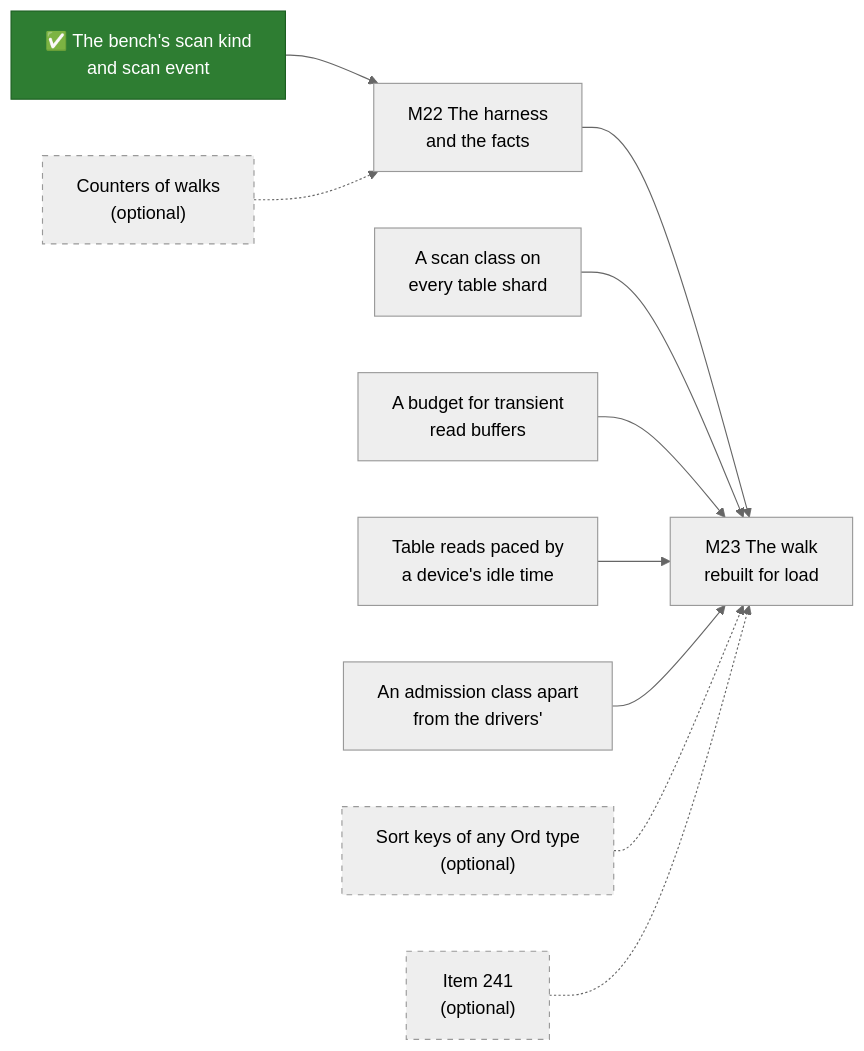
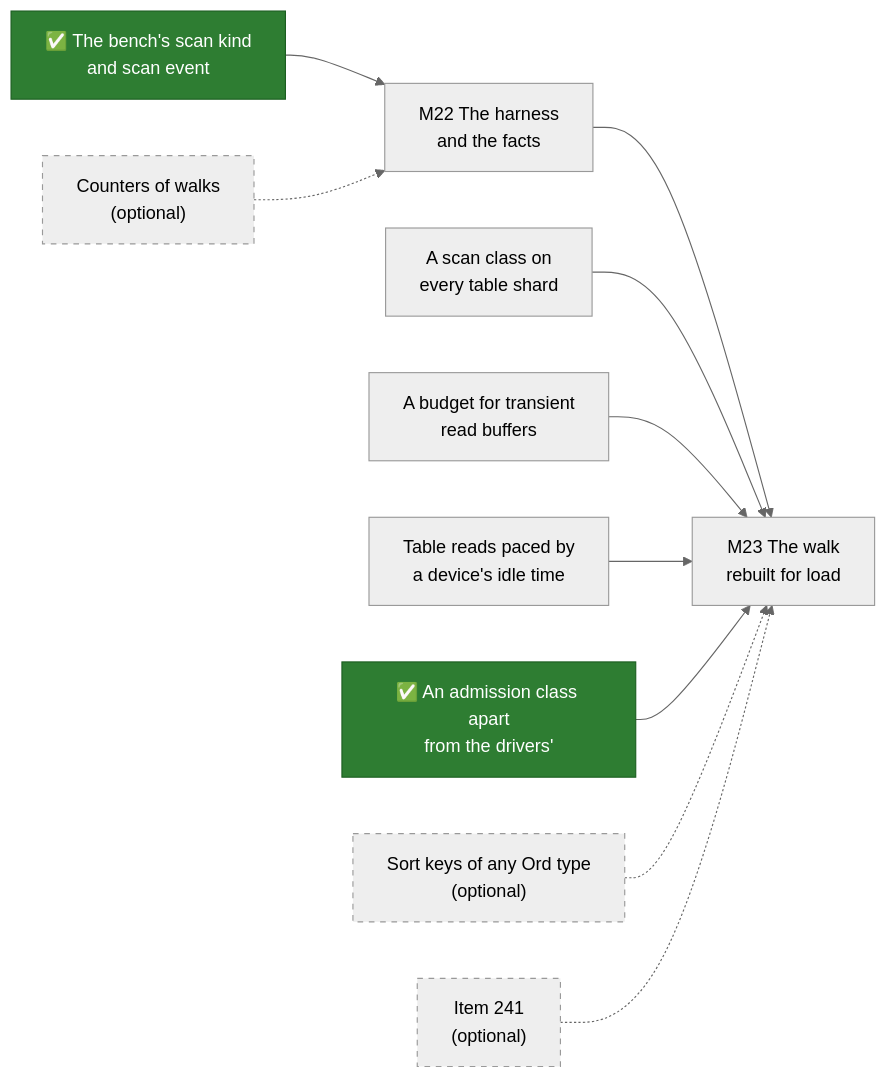
Before and after one commit to mjcarson/shoal: the diagram in docs/src/future-work/scans/prerequisites.md, drawn with Mermaid (neutral theme). The commit also changed other lines of this file and 23 other files, not shown here.

First line of the commit message:
feat(walk): an admission class apart from the drivers' (F116)

````diff
--- a/docs/src/future-work/scans/prerequisites.md
+++ b/docs/src/future-work/scans/prerequisites.md
@@ -195,24 +198,24 @@
 ```mermaid
 flowchart LR
     classDef done fill:#2e7d32,stroke:#1b5e20,color:#ffffff
     classDef optional stroke-dasharray: 5 5
     Bench["✅ The bench's scan kind<br>and scan event"]:::done
     Class["A scan class on<br>every table shard"]
     Budget["A budget for transient<br>read buffers"]
     Pace["Table reads paced by<br>a device's idle time"]
-    Admit["An admission class apart<br>from the drivers'"]
+    Admit["✅ An admission class apart<br>from the drivers'"]:::done
     Counters["Counters of walks<br>(optional)"]:::optional
     SortKeys["Sort keys of any Ord type<br>(optional)"]:::optional
     I241["Item 241<br>(optional)"]:::optional
     M22["M22 The harness<br>and the facts"]
     M23["M23 The walk<br>rebuilt for load"]
     Bench --> M22
     M22 --> M23
     Class --> M23
     Budget --> M23
     Pace --> M23
     Admit --> M23
     Counters -.-> M22
     SortKeys -.-> M23
     I241 -.-> M23
 ```
````
